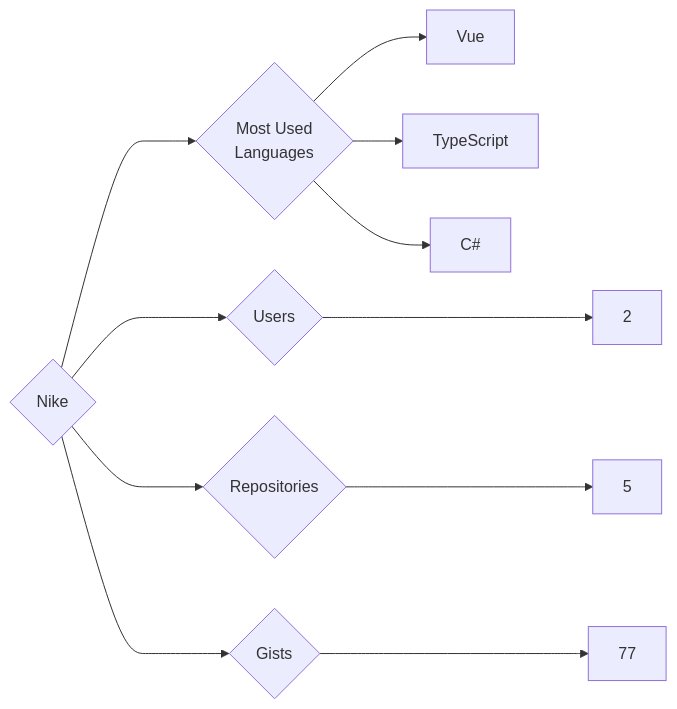
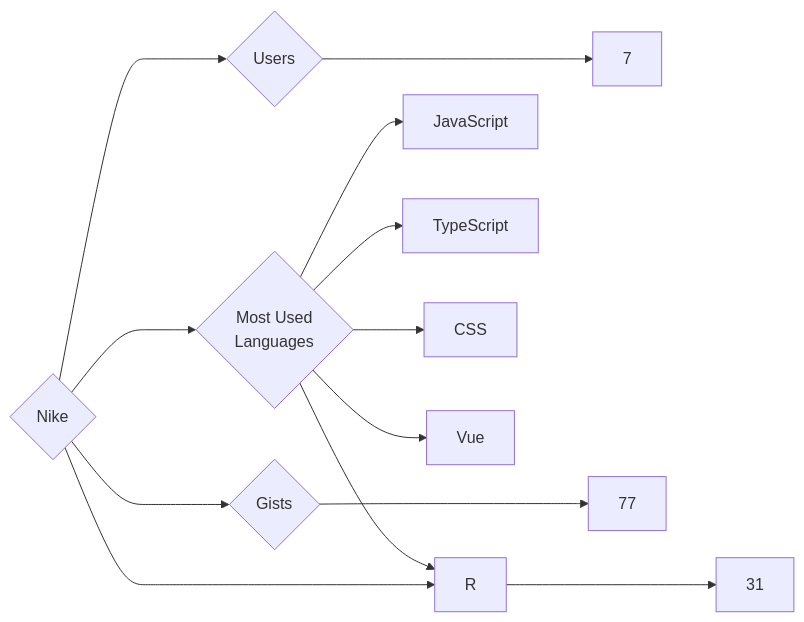
Before and after one commit to trickest/insiders: the diagram in targets/Nike/README.md, drawn with Mermaid. The commit also changed 895 other files, not shown here.

````diff
--- a/targets/Nike/README.md
+++ b/targets/Nike/README.md
@@ -3,11 +3,13 @@
 ```mermaid
 graph LR
 COMPANY_NAME{Nike}
-COMPANY_NAME ---> U{Users} ---> UN[2]
-COMPANY_NAME ---> R{Repositories} ---> RN[5]
+COMPANY_NAME ---> U{Users} ---> UN[7]
+COMPANY_NAME ---> R{Repositories} ---> RN[31]
 COMPANY_NAME ---> G{Gists} ---> GN[77]
 COMPANY_NAME ---> ML{Most Used<br>Languages}
+ML --> JavaScript[JavaScript]
+ML --> TypeScript[TypeScript]
+ML --> CSS[CSS]
 ML --> Vue[Vue]
-ML --> TypeScript[TypeScript]
-ML --> C#[C#]
+ML --> R[R]
 ```
````
